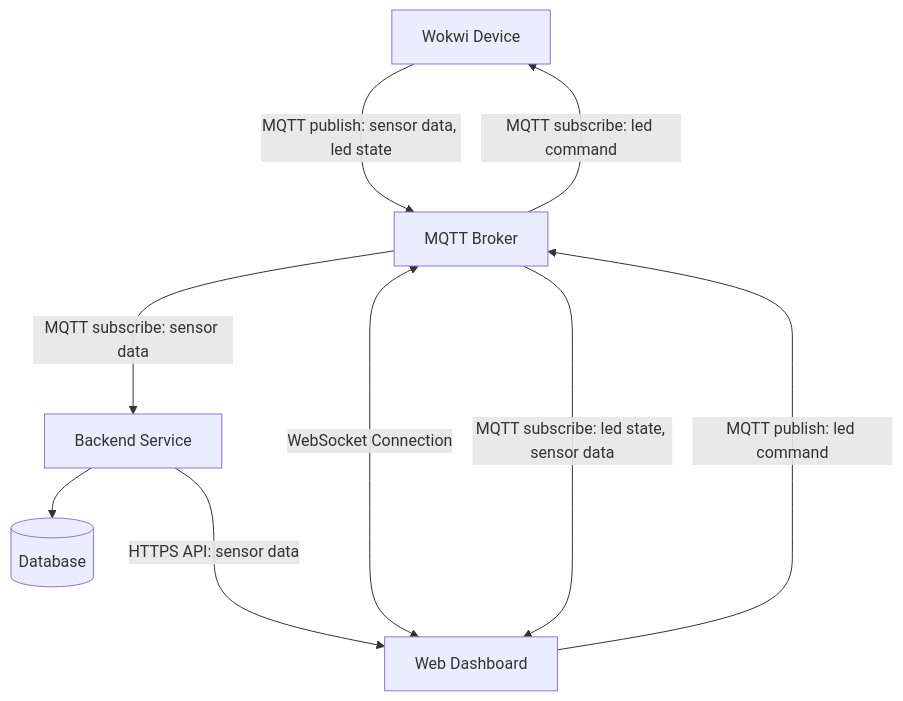
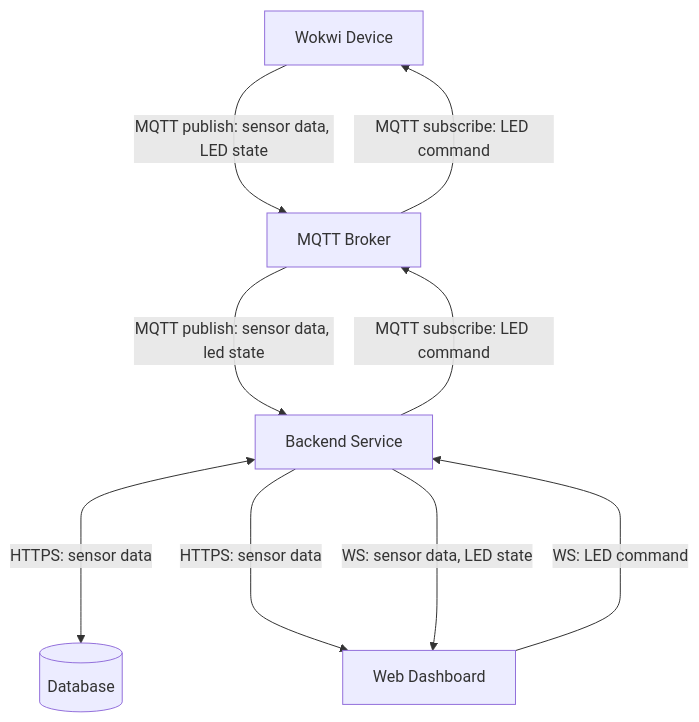
One commit to aangelinux/internet-of-things changed the diagram in README.md. Above: the diagram before and after it, drawn with Mermaid. The commit also changed other lines of this file, not shown here.

````diff
--- a/README.md
+++ b/README.md
@@ -24,17 +26,17 @@
 ```mermaid
 flowchart TD
     A[Wokwi Device] 
     B[MQTT Broker]
     C[Backend Service]
     D[(Database)]
     E[Web Dashboard]
 
-    A --->|MQTT publish: sensor data, led state| B
-    B --->|MQTT subscribe: led command| A
-    B --->|MQTT subscribe: sensor data| C
-    C --> D
-    C --->|HTTPS API: sensor data| E
-    B <--->|WebSocket Connection| E
-    B --->|MQTT subscribe: led state, sensor data| E
-    E --->|MQTT publish: led command| B
+    A --->|MQTT publish: sensor data, LED state| B
+    B --->|MQTT subscribe: LED command| A
+    B --->|MQTT publish: sensor data, led state| C
+    C --->|MQTT subscribe: LED command| B
+    C <---->|HTTPS: sensor data| D
+    C ---->|HTTPS: sensor data| E
+    C ---->|WS: sensor data, LED state| E
+    E ---->|WS: LED command| C
 ```
````
